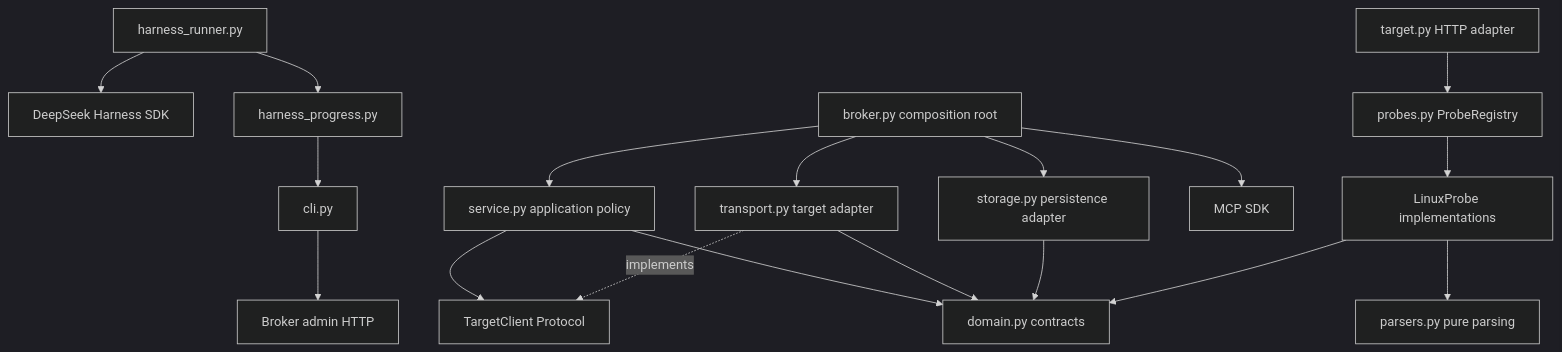
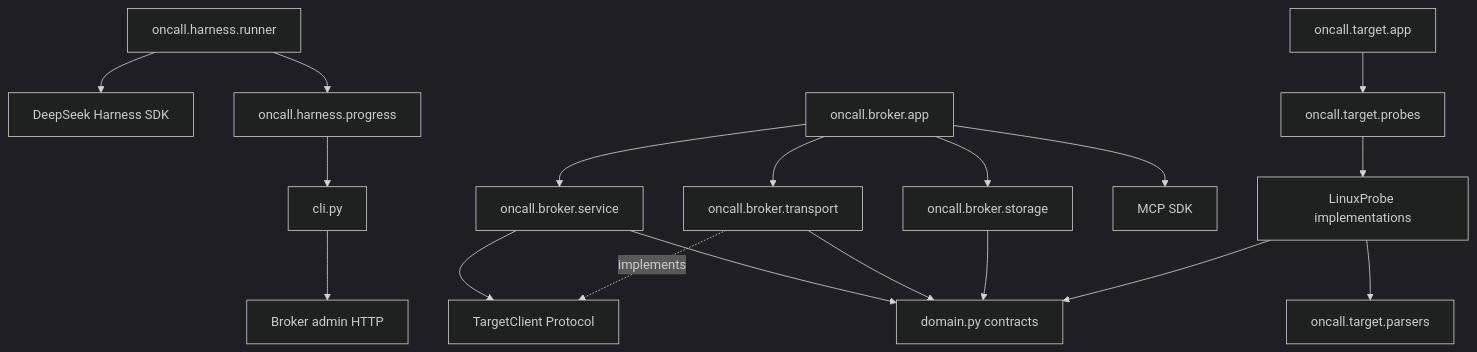
One commit to Qingyu255/Linux-Oncall-Agent changed the eighth of 14 diagrams in docs/architecture-tour.md. Above: the diagram before and after it, drawn with Mermaid (dark theme). The commit also changed other lines of this file and 8 other files, not shown here.

````diff
--- a/docs/architecture-tour.md
+++ b/docs/architecture-tour.md
@@ -395,22 +395,22 @@
 ```mermaid
 flowchart TB
     CLI[cli.py] --> Admin[Broker admin HTTP]
-    Runner[harness_runner.py] --> DSH[DeepSeek Harness SDK]
-    Progress[harness_progress.py] --> CLI
+    Runner[oncall.harness.runner] --> DSH[DeepSeek Harness SDK]
+    Progress[oncall.harness.progress] --> CLI
     Runner --> Progress
 
-    Broker[broker.py composition root] --> Service[service.py application policy]
-    Broker --> Transport[transport.py target adapter]
-    Broker --> Store[storage.py persistence adapter]
+    Broker[oncall.broker.app] --> Service[oncall.broker.service]
+    Broker --> Transport[oncall.broker.transport]
+    Broker --> Store[oncall.broker.storage]
     Broker --> MCP[MCP SDK]
     Service --> Domain[domain.py contracts]
     Service --> TargetPort[TargetClient Protocol]
     Transport -. implements .-> TargetPort
     Transport --> Domain
     Store --> Domain
 
-    Target[target.py HTTP adapter] --> Registry[probes.py ProbeRegistry]
+    Target[oncall.target.app] --> Registry[oncall.target.probes]
     Registry --> Probes[LinuxProbe implementations]
-    Probes --> Parsers[parsers.py pure parsing]
+    Probes --> Parsers[oncall.target.parsers]
     Probes --> Domain
 ```
````
